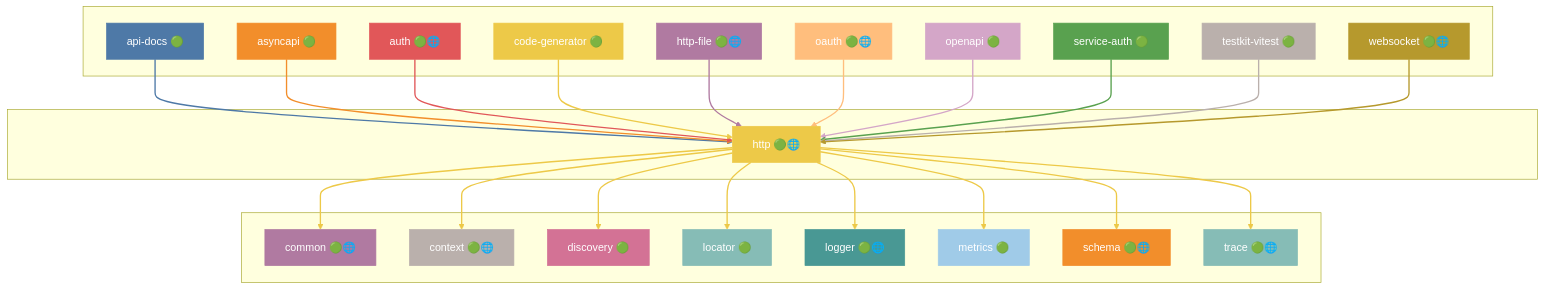
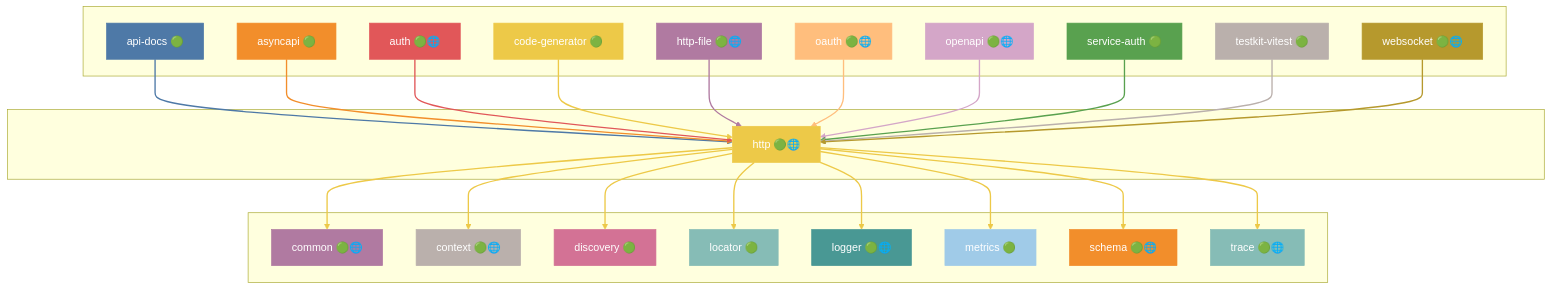
One commit to grest-ts/grest-ts changed diagram 25 of 50 in docs/DEPENDENCIES.md. Above: the diagram before and after it, drawn with Mermaid. The commit also changed other lines of this file and 103 other files, not shown here.

```diff
--- a/docs/DEPENDENCIES.md
+++ b/docs/DEPENDENCIES.md
@@ -1323,7 +1329,7 @@
         code-generator["code-generator 🟢"]
         http-file["http-file 🟢🌐"]
         oauth["oauth 🟢🌐"]
-        openapi["openapi 🟢"]
+        openapi["openapi 🟢🌐"]
         service-auth["service-auth 🟢"]
         testkit-vitest["testkit-vitest 🟢"]
         websocket["websocket 🟢🌐"]
```
